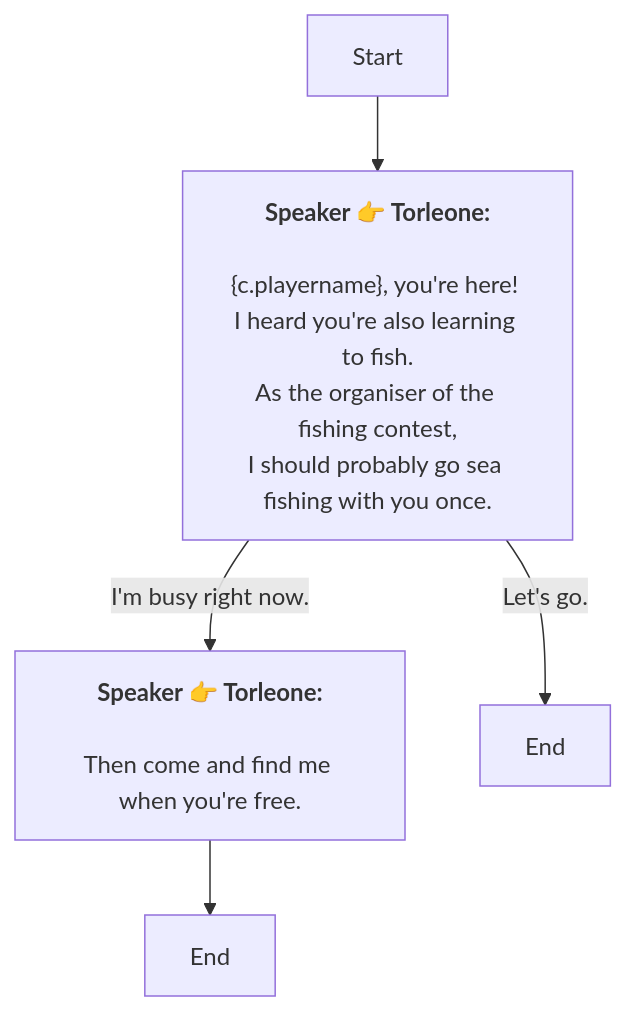
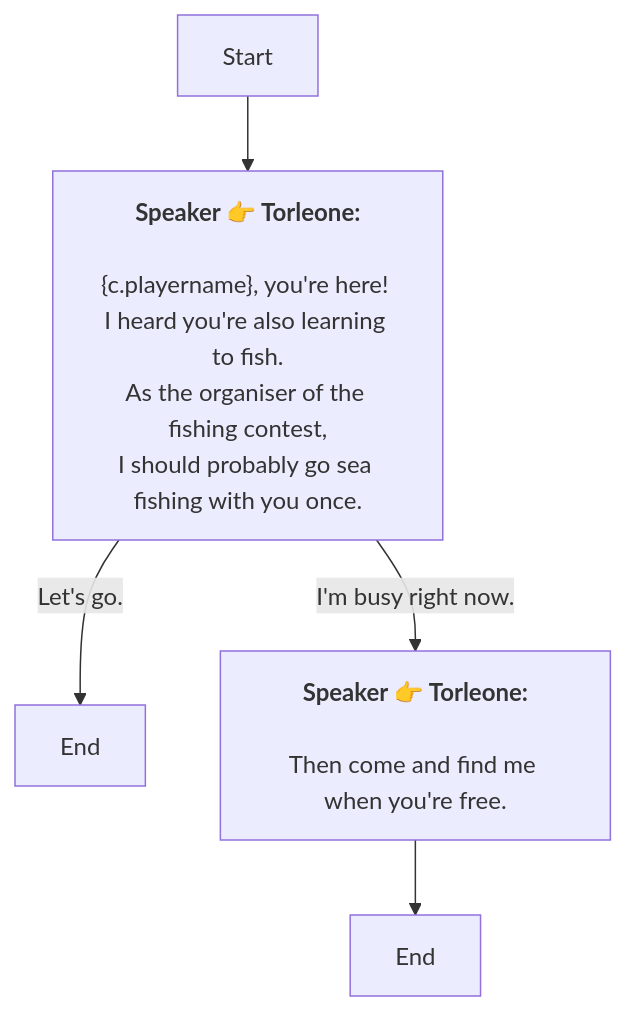
One commit to SoftHu/tos_avg changed the diagram in En/QuestTalkObjectiveNode_1756252308078735.md. Above: the diagram before and after it, drawn with Mermaid. The commit also changed other lines of this file and 780 other files, not shown here.

````diff
--- a/En/QuestTalkObjectiveNode_1756252308078735.md
+++ b/En/QuestTalkObjectiveNode_1756252308078735.md
@@ -1,11 +1,11 @@
 ```mermaid
 graph
 Start -->1756252624199884[<b>Speaker 👉 Torleone:</b>
 \n&lbrace;c.playername&rbrace;, you're here! I heard you're also learning to fish.\nAs the organiser of the fishing contest,
 I should probably go sea fishing with you once.]
+1756252624199884 -->|Let's go.|1756252702928083[End]
 1756252624199884 -->|I'm busy right now.|1756252674743506[<b>Speaker 👉 Torleone:</b>
 \nThen come and find me when you're free.]
-1756252624199884 -->|Let's go.|1756252702928083[End]
 1756252674743506 -->1756252708831444[End]
 
 ```
````
